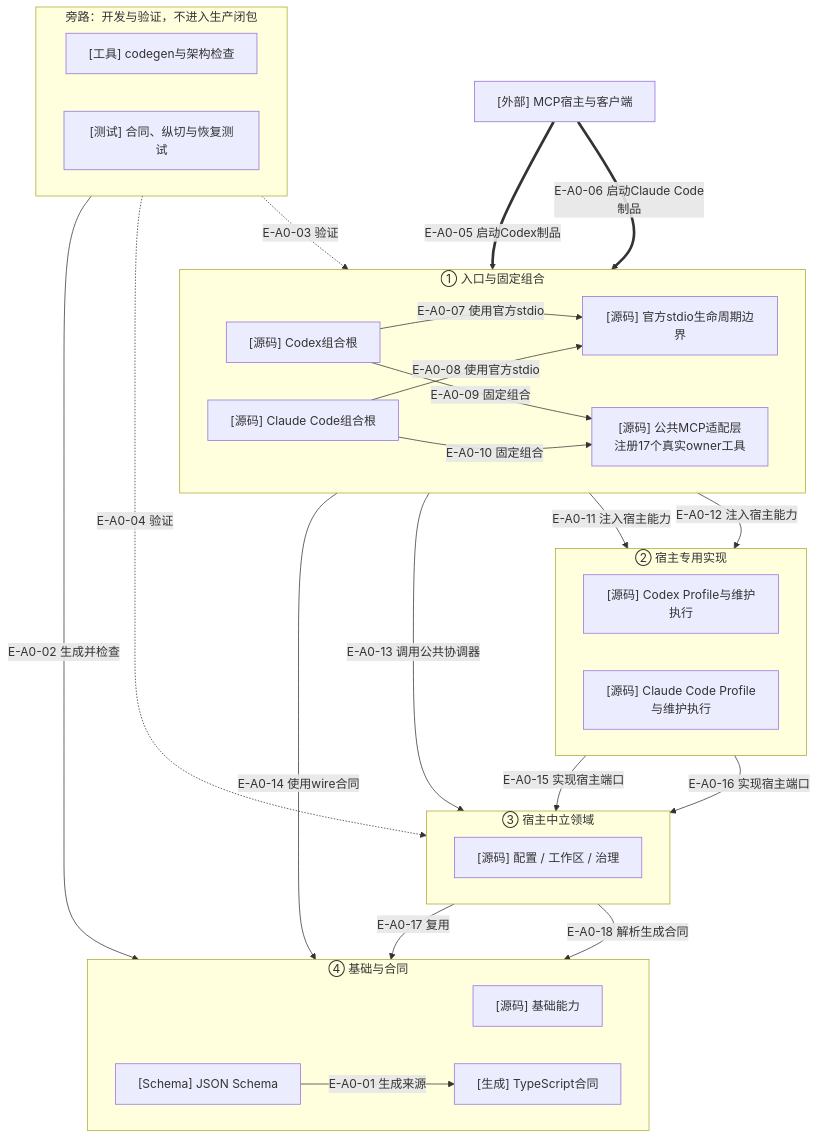
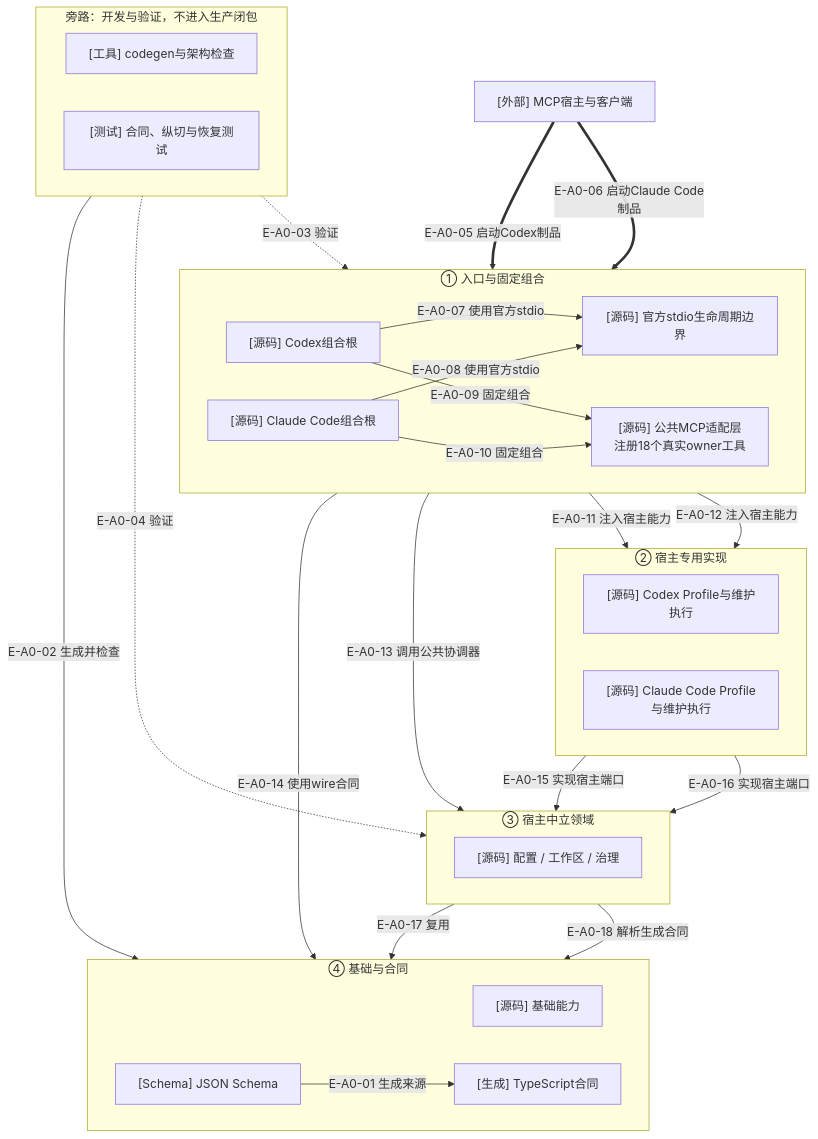
The diagram in wakeflow-architecture-atlas/maps/01-overall-architecture/README.md (GxFn/Wakeflow), drawn with Mermaid before and after one commit. The commit also changed other lines of this file and 24 other files, not shown here.

Commit message:
docs: update architecture atlas for demand publication

````diff
--- a/wakeflow-architecture-atlas/maps/01-overall-architecture/README.md
+++ b/wakeflow-architecture-atlas/maps/01-overall-architecture/README.md
@@ -72,60 +74,60 @@
 ```mermaid
 flowchart TB
   accTitle: Wakeflow TypeScript总体架构与宿主边界
   accDescr: JSON Schema生成类型合同，固定Codex或Claude Code组合根通过官方stdio和公共MCP适配接入宿主专用实现与宿主中立领域；领域复用基础能力，测试和工具只生成或验证生产闭包。
 
   CLIENT["[外部] MCP宿主与客户端"]
 
   subgraph ENTRY["① 入口与固定组合"]
     direction LR
     CODEX_ROOT["[源码] Codex组合根"]
     CLAUDE_ROOT["[源码] Claude Code组合根"]
-    PUBLIC_MCP["[源码] 公共MCP适配层\n注册17个真实owner工具"]
+    PUBLIC_MCP["[源码] 公共MCP适配层\n注册18个真实owner工具"]
     STDIO["[源码] 官方stdio生命周期边界"]
   end
 
   subgraph HOSTS["② 宿主专用实现"]
     direction LR
     CODEX_HOST["[源码] Codex Profile与维护执行"]
     CLAUDE_HOST["[源码] Claude Code Profile与维护执行"]
   end
 
   subgraph CORE["③ 宿主中立领域"]
     direction LR
     DOMAINS["[源码] 配置 / 工作区 / 治理"]
   end
 
   subgraph BASE["④ 基础与合同"]
     direction LR
     FOUNDATION["[源码] 基础能力"]
     SCHEMA["[Schema] JSON Schema"]
     GENERATED["[生成] TypeScript合同"]
   end
 
   subgraph DEV["旁路：开发与验证，不进入生产闭包"]
     direction LR
     TOOLING["[工具] codegen与架构检查"]
     TESTS["[测试] 合同、纵切与恢复测试"]
   end
 
   SCHEMA -->|"E-A0-01 生成来源"| GENERATED
   TOOLING -->|"E-A0-02 生成并检查"| GENERATED
   TESTS -.->|"E-A0-03 验证"| PUBLIC_MCP
   TESTS -.->|"E-A0-04 验证"| DOMAINS
 
   CLIENT ==>|"E-A0-05 启动Codex制品"| CODEX_ROOT
   CLIENT ==>|"E-A0-06 启动Claude Code制品"| CLAUDE_ROOT
   CODEX_ROOT -->|"E-A0-07 使用官方stdio"| STDIO
   CLAUDE_ROOT -->|"E-A0-08 使用官方stdio"| STDIO
   CODEX_ROOT -->|"E-A0-09 固定组合"| PUBLIC_MCP
   CLAUDE_ROOT -->|"E-A0-10 固定组合"| PUBLIC_MCP
   CODEX_ROOT -->|"E-A0-11 注入宿主能力"| CODEX_HOST
   CLAUDE_ROOT -->|"E-A0-12 注入宿主能力"| CLAUDE_HOST
 
   PUBLIC_MCP -->|"E-A0-13 调用公共协调器"| DOMAINS
   PUBLIC_MCP -->|"E-A0-14 使用wire合同"| GENERATED
   CODEX_HOST -->|"E-A0-15 实现宿主端口"| DOMAINS
   CLAUDE_HOST -->|"E-A0-16 实现宿主端口"| DOMAINS
   DOMAINS -->|"E-A0-17 复用"| FOUNDATION
   DOMAINS -->|"E-A0-18 解析生成合同"| GENERATED
 ```
````
